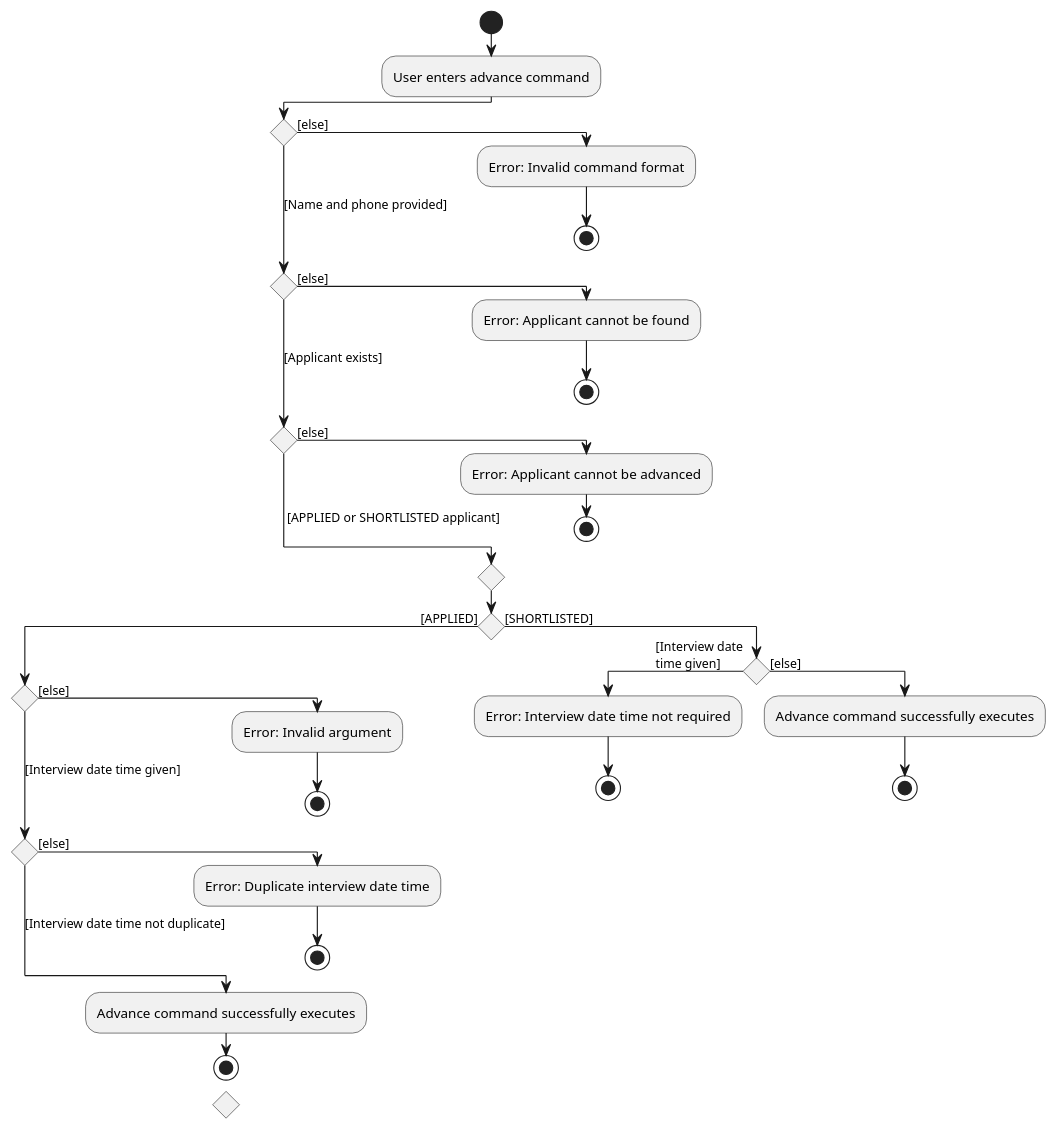
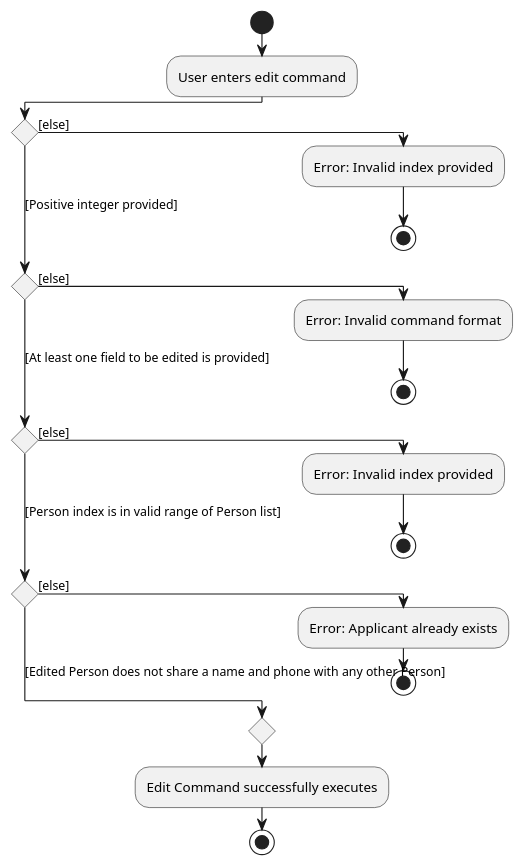
The diagram in docs/diagrams/EditApplicantActivityDiagram.puml (nus-cs2103-AY2223S2/tp), drawn with PlantUML before and after one commit. The commit also changed 6 other files, not shown here.

Commit message:
Add Edit command activity diagram. Add test cases for find command

```diff
--- a/docs/diagrams/EditApplicantActivityDiagram.puml
+++ b/docs/diagrams/EditApplicantActivityDiagram.puml
@@ -1,35 +1,21 @@
 @startuml
 !pragma useVerticalIf on
 start
-:User enters advance command;
+:User enters edit command;
 if () then ([else])
+  :Error: Invalid index provided;
+  stop
+([Positive integer provided]) elseif () then ([else])
   :Error: Invalid command format;
   stop
-([Name and phone provided]) elseif () then ([else])
-  :Error: Applicant cannot be found;
-  stop
-([Applicant exists]) elseif () then ([else])
-    :Error: Applicant cannot be advanced;
+([At least one field to be edited is provided]) elseif () then ([else])
+    :Error: Invalid index provided;
     stop
-else ( [APPLIED or SHORTLISTED applicant])
+([Person index is in valid range of Person list]) elseif () then ([else])
+    :Error: Applicant already exists;
+    stop
+else ([Edited Person does not share a name and phone with any other Person])
 endif
-if () then ([APPLIED])
-    if () then ([else])
-        :Error: Invalid argument;
-        stop
-    ([Interview date time given]) elseif () then ([else])
-        :Error: Duplicate interview date time;
-        stop
-    else ([Interview date time not duplicate])
-        :Advance command successfully executes;
-        stop
-endif
-else ([SHORTLISTED])
-if () then ([Interview date
-time given])
-    :Error: Interview date time not required;
-    stop
-else ([else])
-    :Advance command successfully executes;
-    stop
+:Edit Command successfully executes;
+stop
 @enduml
```
